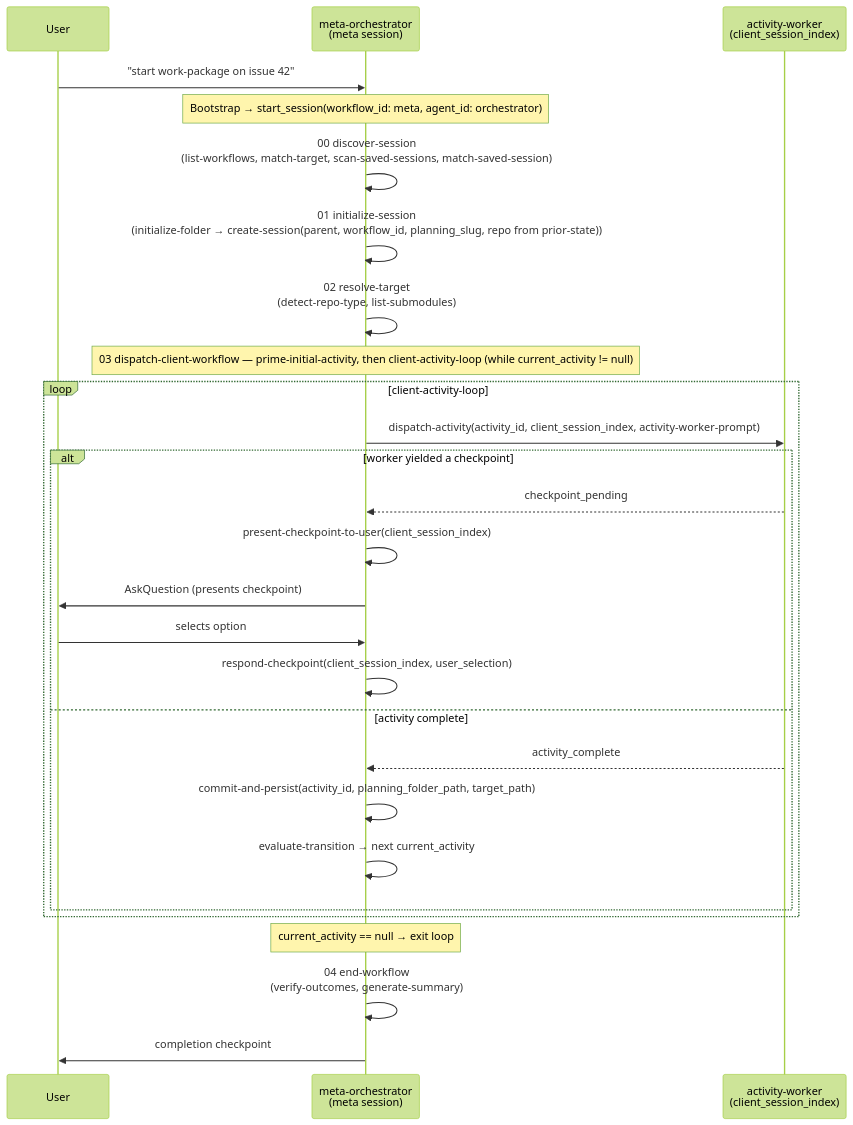
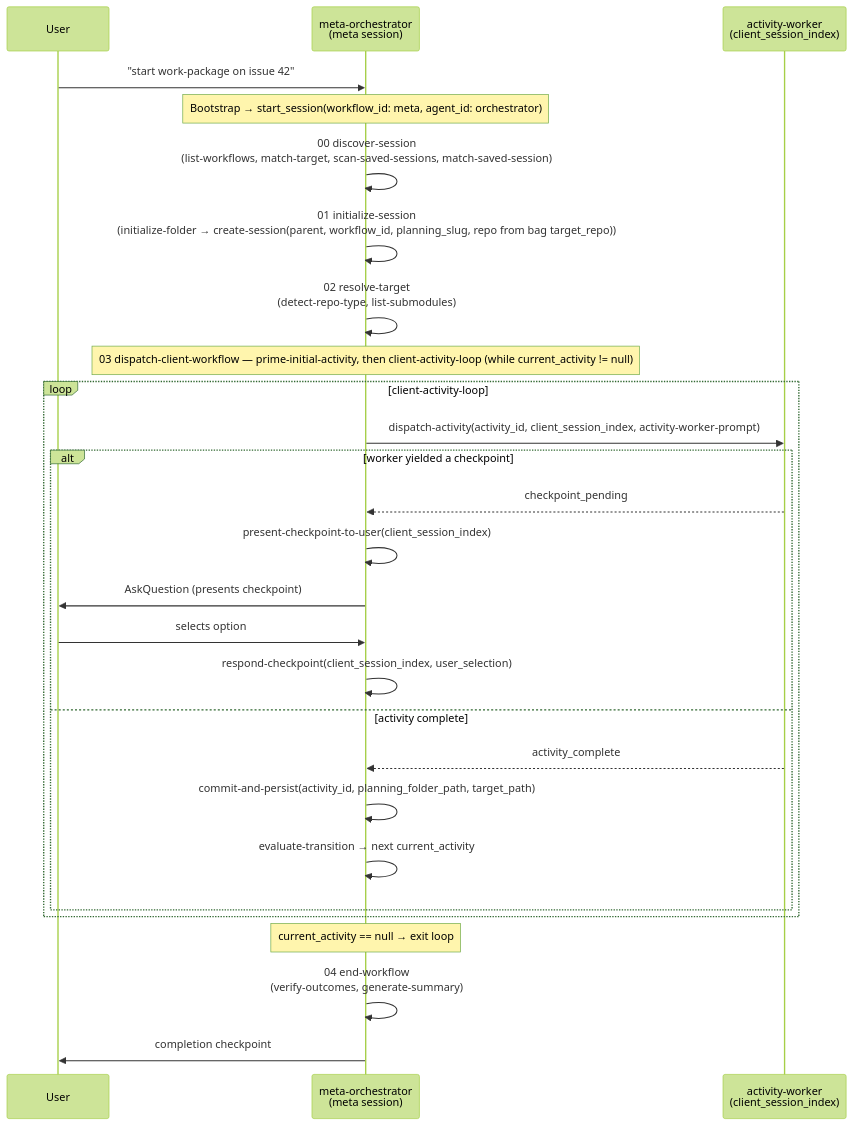
One commit to m2ux/workflow-server changed the second of 2 diagrams in meta/README.md. Above: the diagram before and after it, drawn with Mermaid (forest theme). The commit also changed 7 other files, not shown here.

First line of the commit message:
fix(meta): bag is sole channel for target_repo

````diff
--- a/meta/README.md
+++ b/meta/README.md
@@ -53,32 +53,32 @@
 ```mermaid
 sequenceDiagram
     participant User
     participant Meta as meta-orchestrator<br/>(meta session)
     participant Worker as activity-worker<br/>(client_session_index)
 
     User->>Meta: "start work-package on issue 42"
     Note over Meta: Bootstrap → start_session(workflow_id: meta, agent_id: orchestrator)
     Meta->>Meta: 00 discover-session<br/>(list-workflows, match-target, scan-saved-sessions, match-saved-session)
-        Meta->>Meta: 01 initialize-session<br/>(initialize-folder → create-session(parent, workflow_id, planning_slug, repo from prior-state))
+        Meta->>Meta: 01 initialize-session<br/>(initialize-folder → create-session(parent, workflow_id, planning_slug, repo from bag target_repo))
     Meta->>Meta: 02 resolve-target<br/>(detect-repo-type, list-submodules)
 
     Note over Meta: 03 dispatch-client-workflow — prime-initial-activity, then client-activity-loop (while current_activity != null)
     loop client-activity-loop
         Meta->>Worker: dispatch-activity(activity_id, client_session_index, activity-worker-prompt)
         alt worker yielded a checkpoint
             Worker-->>Meta: checkpoint_pending
             Meta->>Meta: present-checkpoint-to-user(client_session_index)
             Meta->>User: AskQuestion (presents checkpoint)
             User->>Meta: selects option
             Meta->>Meta: respond-checkpoint(client_session_index, user_selection)
         else activity complete
             Worker-->>Meta: activity_complete
             Meta->>Meta: commit-and-persist(activity_id, planning_folder_path, target_path)
             Meta->>Meta: evaluate-transition → next current_activity
         end
     end
     Note over Meta: current_activity == null → exit loop
 
     Meta->>Meta: 04 end-workflow<br/>(verify-outcomes, generate-summary)
     Meta->>User: completion checkpoint
 ```
````
